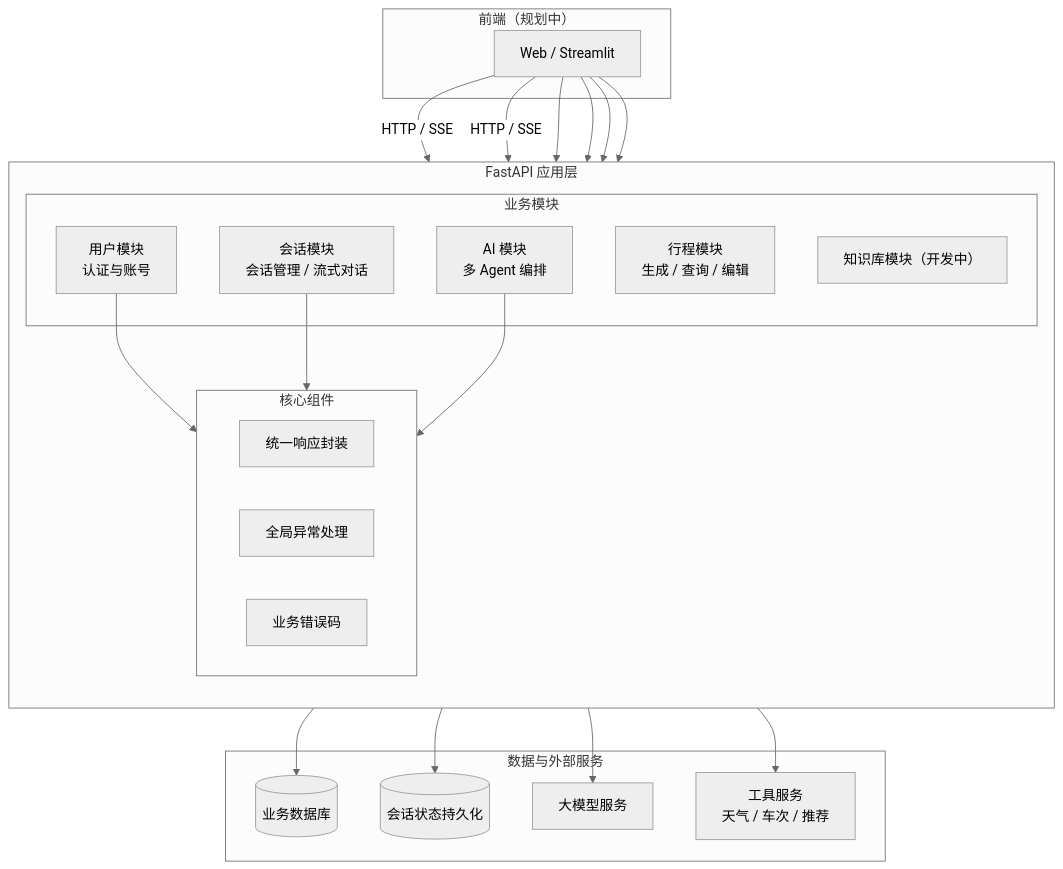
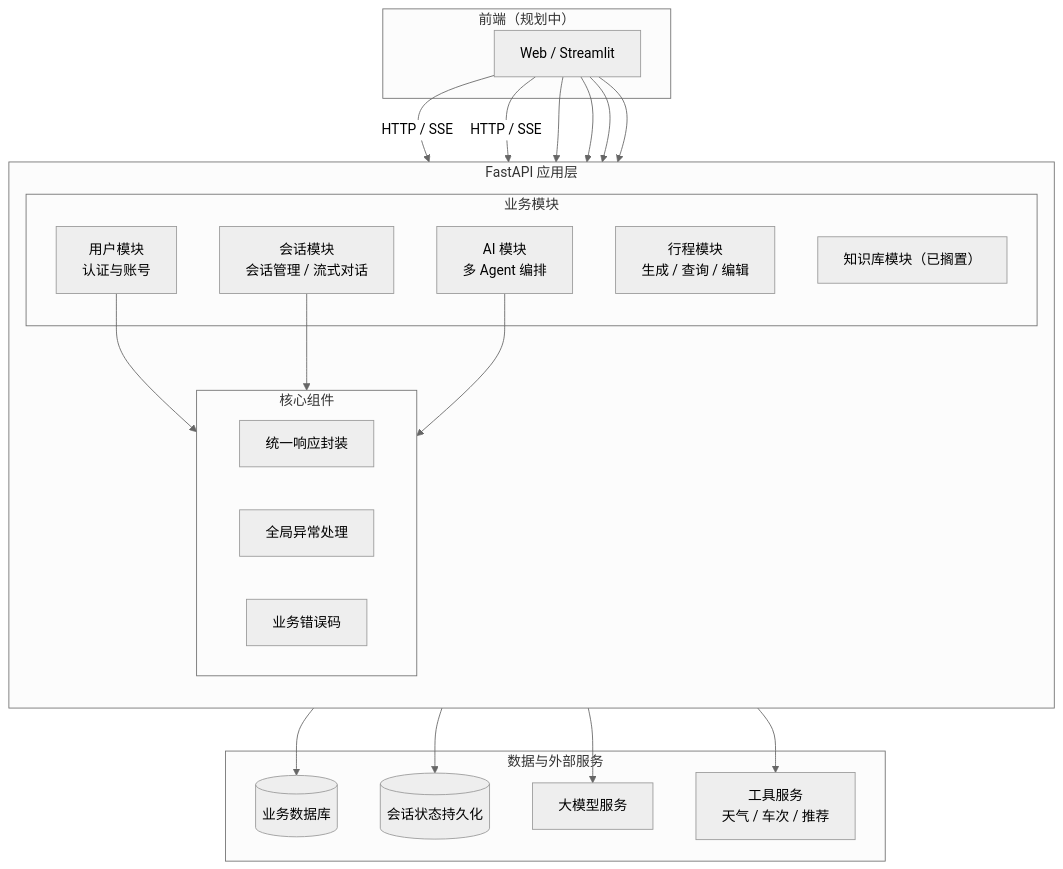
One commit to Luoqiaocong/voyage changed the first of 5 diagrams in README.md. Above: the diagram before and after it, drawn with Mermaid (neutral theme). The commit also changed other lines of this file, not shown here.

First line of the commit message:
docs(readme): 同步调整 RAG 标记为已搁置

````diff
--- a/README.md
+++ b/README.md
@@ -29,43 +29,43 @@
 ```mermaid
 flowchart TB
     subgraph FE["前端（规划中）"]
         FE1["Web / Streamlit"]
     end
 
     subgraph API["FastAPI 应用层"]
         direction TB
         subgraph CORE["核心组件"]
             RT["统一响应封装"]
             EX["全局异常处理"]
             BC["业务错误码"]
         end
         subgraph MOD["业务模块"]
             AUTH["用户模块<br/>认证与账号"]
             CONV["会话模块<br/>会话管理 / 流式对话"]
             AGENT["AI 模块<br/>多 Agent 编排"]
             ITIN["行程模块<br/>生成 / 查询 / 编辑"]
-            RAG["知识库模块（开发中）"]
+            RAG["知识库模块（已搁置）"]
         end
     end
 
     subgraph DATA["数据与外部服务"]
         DB[("业务数据库")]
         CP[("会话状态持久化")]
         LLM["大模型服务"]
         TOOLS["工具服务<br/>天气 / 车次 / 推荐"]
     end
 
     FE1 -->|HTTP / SSE| AUTH
     FE1 -->|HTTP / SSE| CONV
     FE1 --> AUTH
     FE1 --> CONV
     FE1 --> ITIN
     FE1 --> RAG
     AUTH --> CORE
     CONV --> CORE
     AGENT --> CORE
     CORE --> DB
     CONV --> CP
     AGENT --> LLM
     AGENT --> TOOLS
 ```
````
